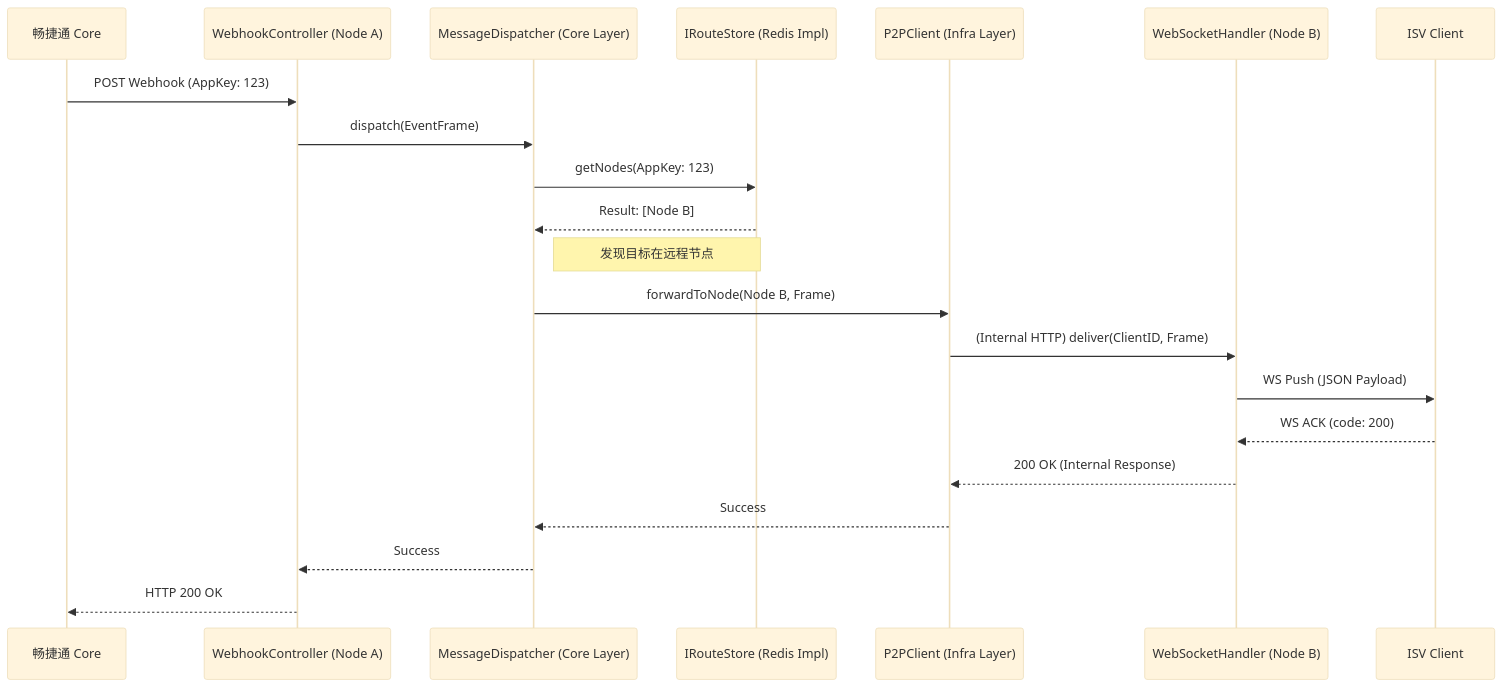
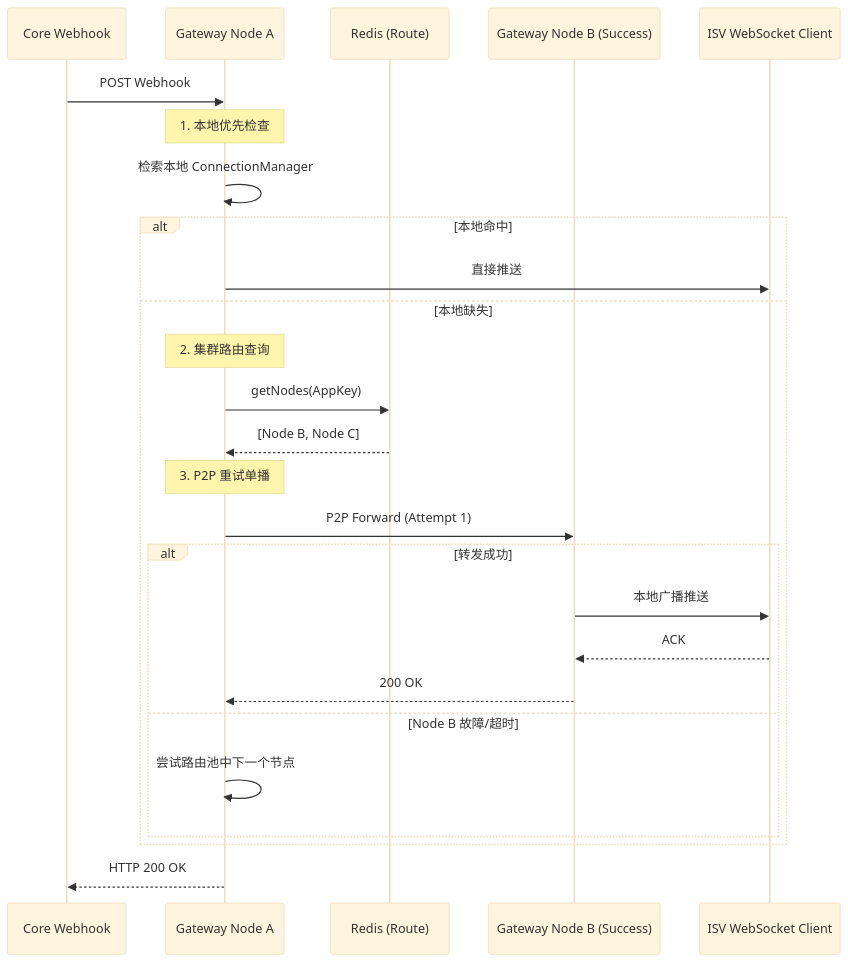
One commit to Chanjet/chanjet-openplatform-stream-java changed the second of 2 diagrams in docs/design/Detailed_UML_and_Package_Design.md. Above: the diagram before and after it, drawn with Mermaid (base theme). The commit also changed other lines of this file and 4 other files, not shown here.

Commit message:
SYKFPT-1061: 全量更新并对齐设计文档，确保 Architecture, PRD, DataModel 与代码实现 100% 同步

````diff
--- a/docs/design/Detailed_UML_and_Package_Design.md
+++ b/docs/design/Detailed_UML_and_Package_Design.md
@@ -87,27 +70,34 @@
 ```mermaid
 sequenceDiagram
-    participant Core as 畅捷通 Core
-    participant Ctrl as WebhookController (Node A)
-    participant Disp as MessageDispatcher (Core Layer)
-    participant Store as IRouteStore (Redis Impl)
-    participant P2P as P2PClient (Infra Layer)
-    participant WS as WebSocketHandler (Node B)
-    participant ISV as ISV Client
+    participant Web as Core Webhook
+    participant NodeA as Gateway Node A
+    participant Redis as Redis (Route)
+    participant NodeB as Gateway Node B (Success)
+    participant Client as ISV WebSocket Client
 
-    Core->>Ctrl: POST Webhook (AppKey: 123)
-    Ctrl->>Disp: dispatch(EventFrame)
-    Disp->>Store: getNodes(AppKey: 123)
-    Store-->>Disp: Result: [Node B]
-
-    Note right of Disp: 发现目标在远程节点
-    Disp->>P2P: forwardToNode(Node B, Frame)
-    P2P->>WS: (Internal HTTP) deliver(ClientID, Frame)
+    Web->>NodeA: POST Webhook
     
-    WS->>ISV: WS Push (JSON Payload)
-    ISV-->>WS: WS ACK (code: 200)
+    Note over NodeA: 1. 本地优先检查
+    NodeA->>NodeA: 检索本地 ConnectionManager
     
-    WS-->>P2P: 200 OK (Internal Response)
-    P2P-->>Disp: Success
-    Disp-->>Ctrl: Success
-    Ctrl-->>Core: HTTP 200 OK
+    alt 本地命中
+        NodeA->>Client: 直接推送
+    else 本地缺失
+        Note over NodeA: 2. 集群路由查询
+        NodeA->>Redis: getNodes(AppKey)
+        Redis-->>NodeA: [Node B, Node C]
+        
+        Note over NodeA: 3. P2P 重试单播
+        NodeA->>NodeB: P2P Forward (Attempt 1)
+        
+        alt 转发成功
+            NodeB->>Client: 本地广播推送
+            Client-->>NodeB: ACK
+            NodeB-->>NodeA: 200 OK
+        else Node B 故障/超时
+            NodeA->>NodeA: 尝试路由池中下一个节点
+        end
+    end
+    
+    NodeA-->>Web: HTTP 200 OK
 ```
````
